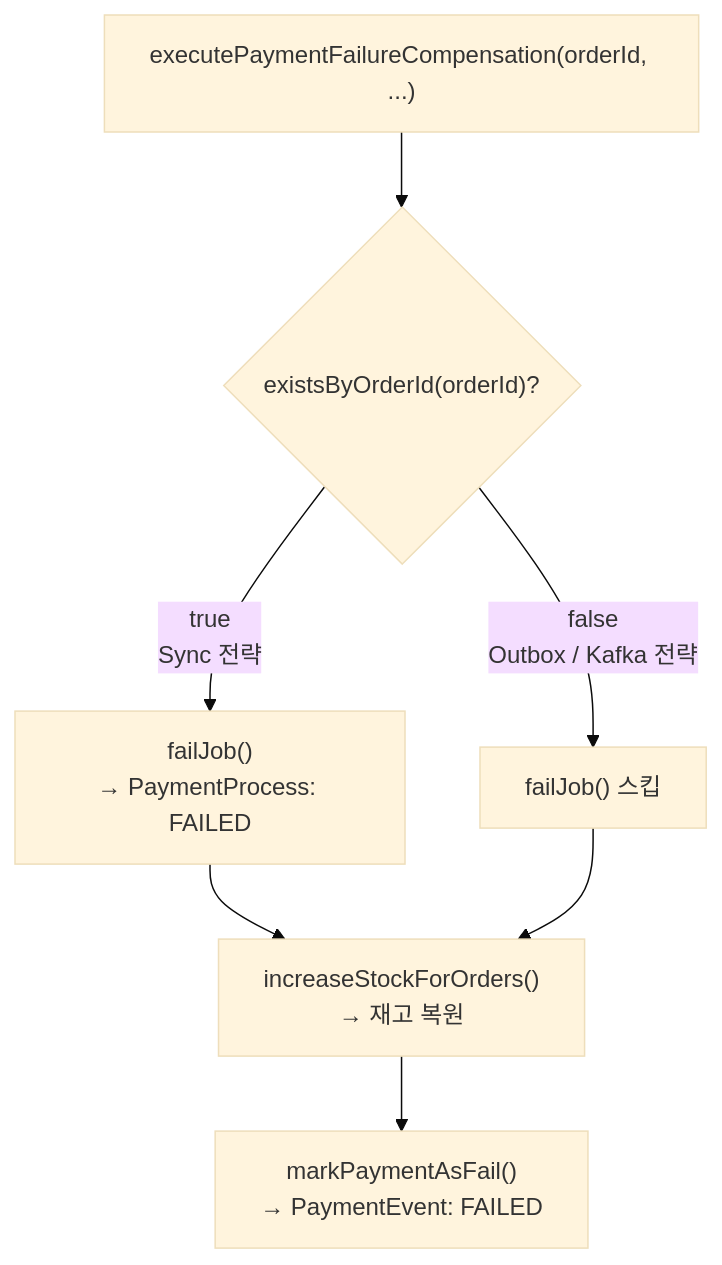
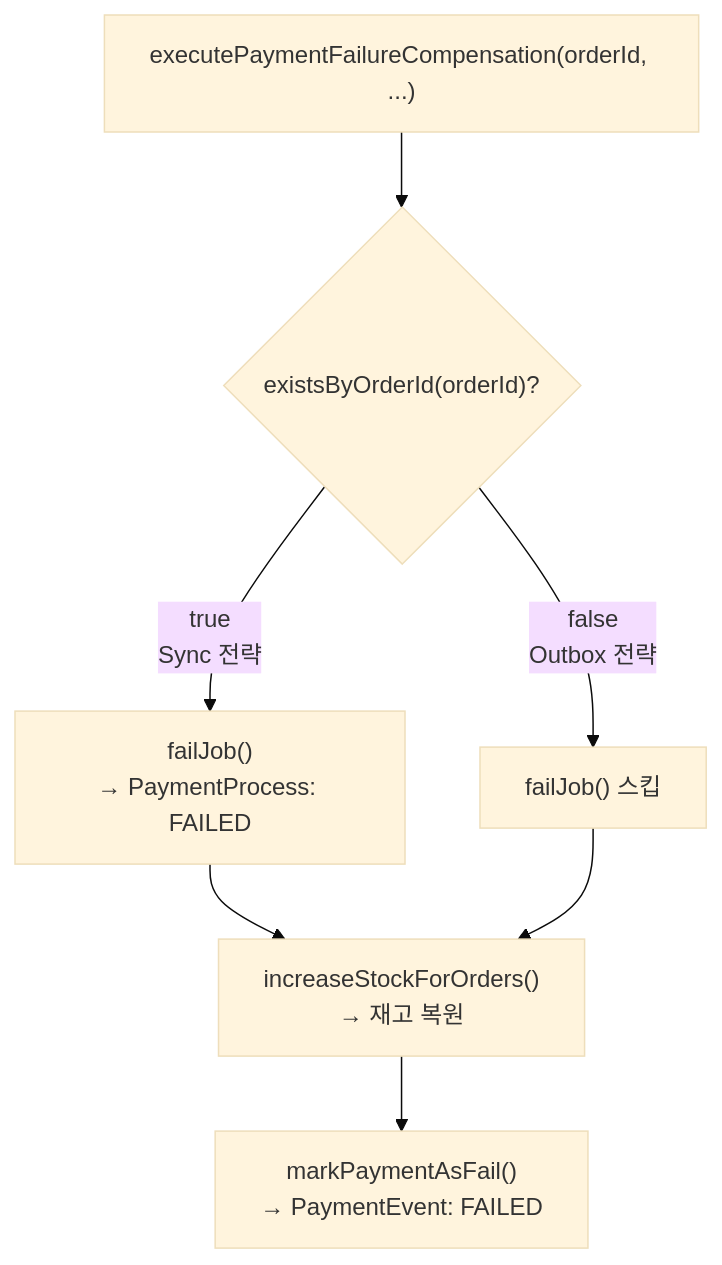
The eighth of 8 diagrams in docs/context/CONFIRM-FLOW-FLOWCHART.md (hyoguoo/payment-platform), drawn with Mermaid (base theme) before and after one commit. The commit also changed other lines of this file and 2 other files, not shown here.

First line of the commit message:
docs: context 문서를 Outbox 즉시 처리 전략에 맞게 갱신

````diff
--- a/docs/context/CONFIRM-FLOW-FLOWCHART.md
+++ b/docs/context/CONFIRM-FLOW-FLOWCHART.md
@@ -358,11 +336,11 @@
 ```mermaid
 flowchart TD
     A["executePaymentFailureCompensation(orderId, ...)"] --> B
     B{"existsByOrderId(orderId)?"}
     B -->|true\nSync 전략| C["failJob()\n→ PaymentProcess: FAILED"]
-    B -->|false\nOutbox / Kafka 전략| D["failJob() 스킵"]
+    B -->|false\nOutbox 전략| D["failJob() 스킵"]
     C --> E
     D --> E
     E["increaseStockForOrders()\n→ 재고 복원"]
     E --> F["markPaymentAsFail()\n→ PaymentEvent: FAILED"]
 ```
````
